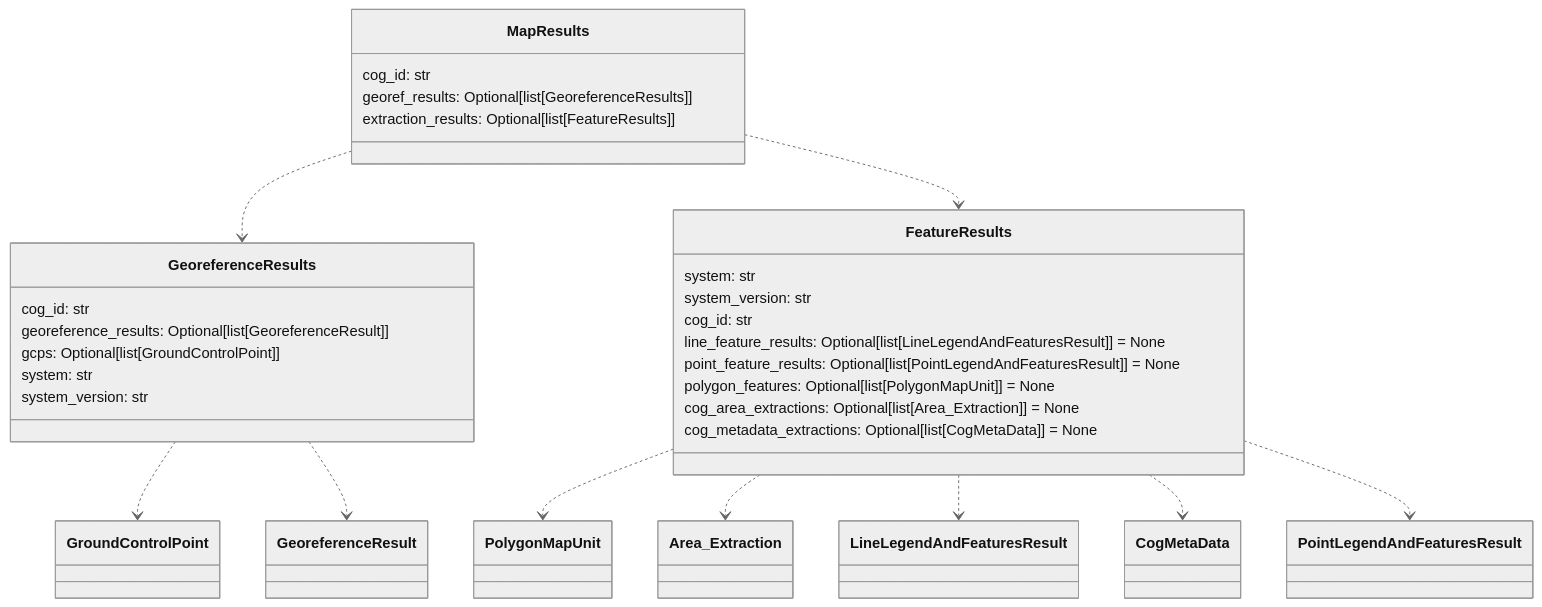
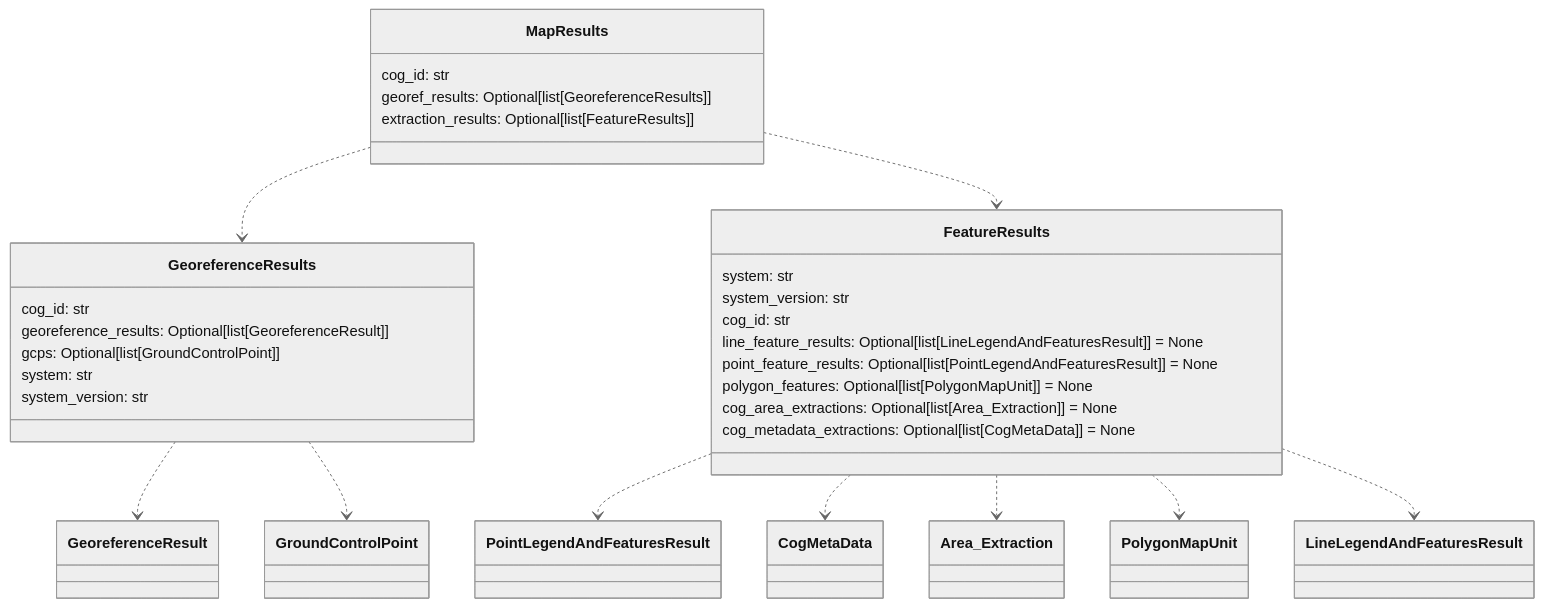
Before and after one commit to DARPA-CRITICALMAAS/cdr_schemas: diagram 11 of 12 in README.md, drawn with Mermaid (neutral theme). The commit also changed other lines of this file and 2 other files, not shown here.

````diff
--- a/README.md
+++ b/README.md
@@ -826,40 +827,40 @@
 ```mermaid
 classDiagram
-
-    class GeoreferenceResults {
-        cog_id: str
-        georeference_results: Optional[list[GeoreferenceResult]]
-        gcps: Optional[list[GroundControlPoint]]
-        system: str
-        system_version: str
-    }
 
     class MapResults {
         cog_id: str
         georef_results: Optional[list[GeoreferenceResults]]
         extraction_results: Optional[list[FeatureResults]]
     }
 
     class FeatureResults {
         system: str
         system_version: str
         cog_id: str
         line_feature_results: Optional[list[LineLegendAndFeaturesResult]] = None
         point_feature_results: Optional[list[PointLegendAndFeaturesResult]] = None
         polygon_features: Optional[list[PolygonMapUnit]] = None
         cog_area_extractions: Optional[list[Area_Extraction]] = None
         cog_metadata_extractions: Optional[list[CogMetaData]] = None
     }
 
+    class GeoreferenceResults {
+        cog_id: str
+        georeference_results: Optional[list[GeoreferenceResult]]
+        gcps: Optional[list[GroundControlPoint]]
+        system: str
+        system_version: str
+    }
+
+    FeatureResults ..> PointLegendAndFeaturesResult
+    FeatureResults ..> CogMetaData
+    FeatureResults ..> Area_Extraction
     FeatureResults ..> PolygonMapUnit
-    FeatureResults ..> Area_Extraction
     FeatureResults ..> LineLegendAndFeaturesResult
-    FeatureResults ..> CogMetaData
-    FeatureResults ..> PointLegendAndFeaturesResult
+    GeoreferenceResults ..> GeoreferenceResult
     GeoreferenceResults ..> GroundControlPoint
-    GeoreferenceResults ..> GeoreferenceResult
     MapResults ..> GeoreferenceResults
     MapResults ..> FeatureResults
 
 
 ```
````
